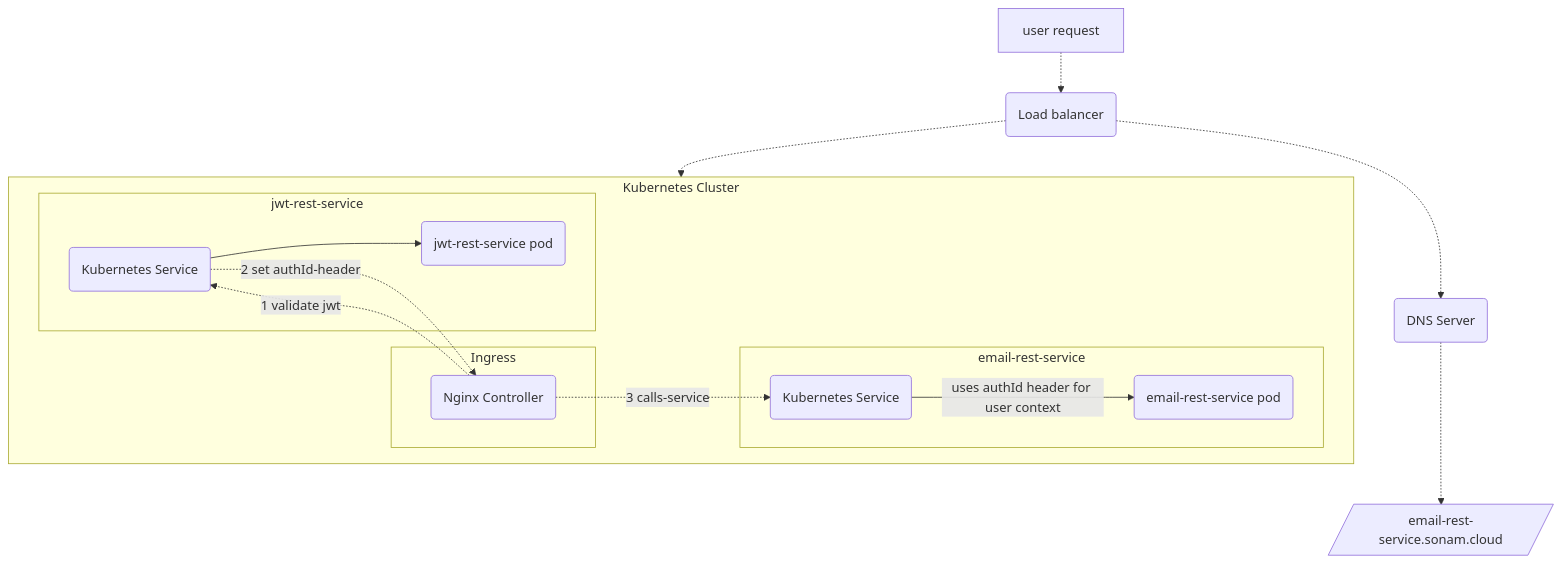
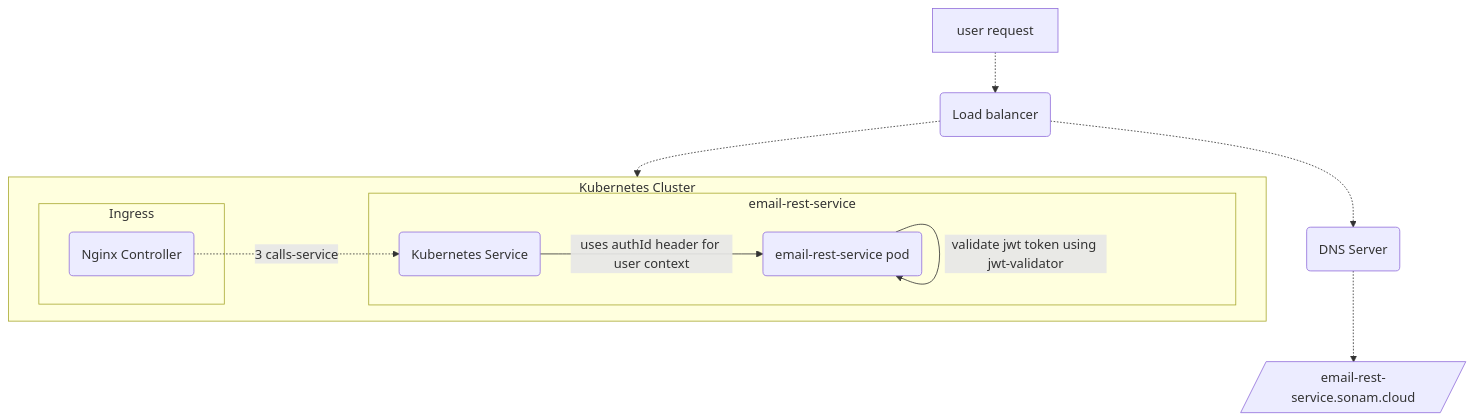
One commit to sonamsamdupkhangsar/sonamsamdupkhangsar.github.io changed the diagram in README.md. Above: the diagram before and after it, drawn with Mermaid. The commit also changed other lines of this file and 4 other files, not shown here.

````diff
--- a/README.md
+++ b/README.md
@@ -12,24 +12,22 @@
 ```mermaid
 flowchart TD
     A[user request] -.-> B(Load balancer)
     B -.-> C(DNS Server)
     C -.-> D[/email-rest-service.sonam.cloud/]
+
     subgraph k8[Kubernetes Cluster]
     subgraph ingress[Ingress]
     F(Nginx Controller)
     end
+
     subgraph app[email-rest-service]
     G(Kubernetes Service)
-    G -- uses authId header for user context --> H(email-rest-service pod)    
+    G -- uses authId header for user context --> H(email-rest-service pod)
+    H -- validate jwt token using jwt-validator --> H
     end    
-    subgraph jwt[jwt-rest-service]
-    I(Kubernetes Service)
-    I --> J(jwt-rest-service pod)
-    end    
+    
     end
     F -. 3 calls-service .-> G
-    F -. 1 validate jwt .-> I
     B -.-> k8
-    I -. 2 set authId-header .-> F
     
 ```
````
